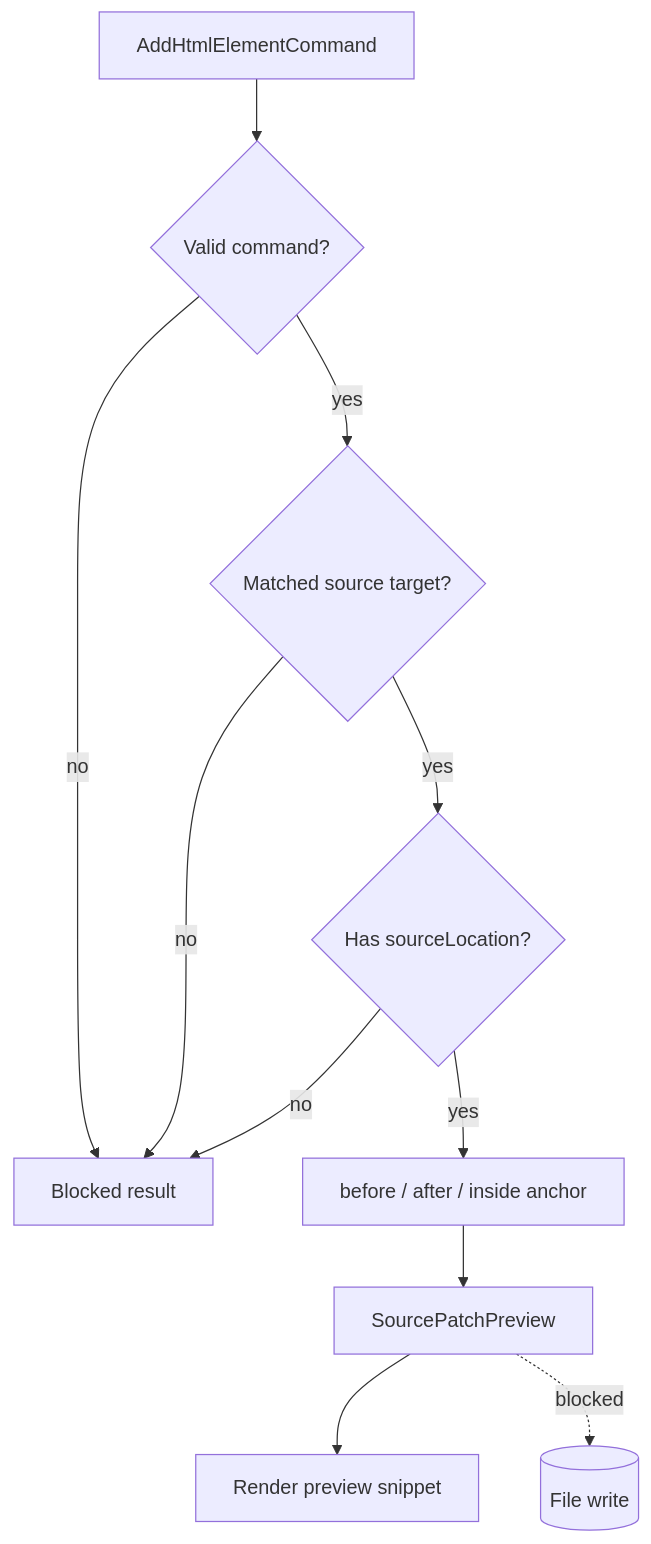
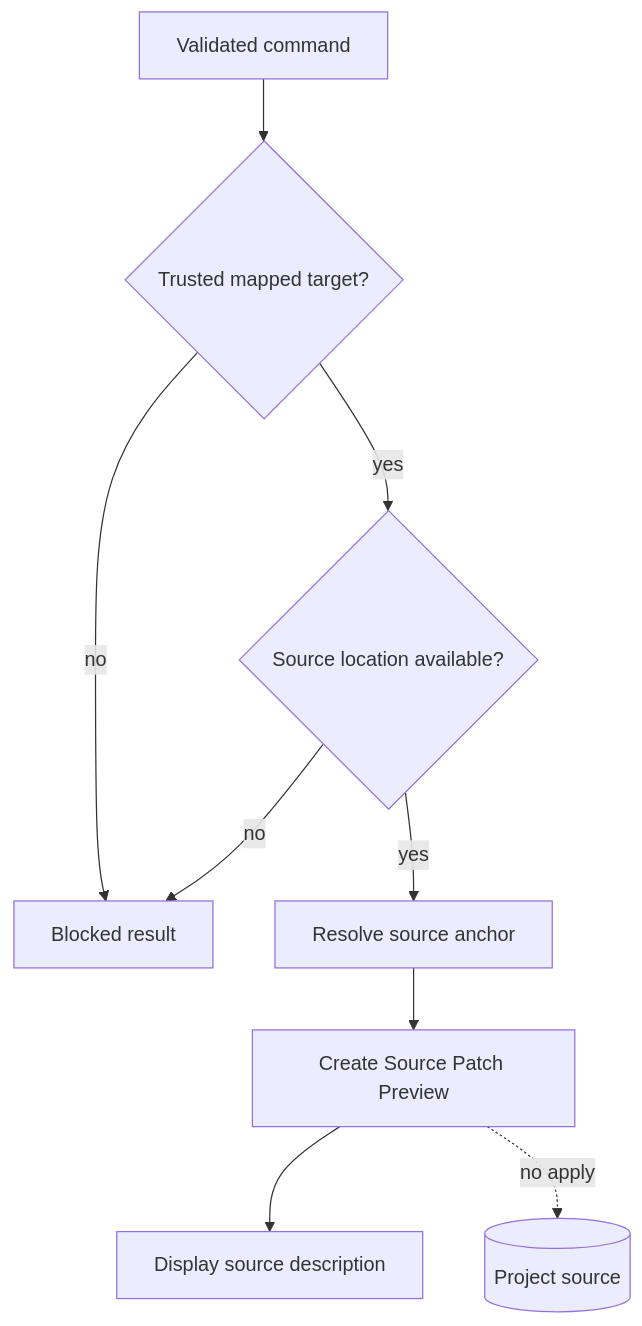
One commit to krestosa/Crystal changed the diagram in docs/architecture/flows/source-patch-preview-flow.md. Above: the diagram before and after it, drawn with Mermaid. The commit also changed other lines of this file and 60 other files, not shown here.

````diff
--- a/docs/architecture/flows/source-patch-preview-flow.md
+++ b/docs/architecture/flows/source-patch-preview-flow.md
@@ -67,13 +13,11 @@
 ```mermaid
 flowchart TD
-  Command[AddHtmlElementCommand] --> Validate{Valid command?}
-  Validate -->|no| Blocked[Blocked result]
-  Validate -->|yes| Target{Matched source target?}
-  Target -->|no| Blocked
-  Target -->|yes| SourceLocation{Has sourceLocation?}
-  SourceLocation -->|no| Blocked
-  SourceLocation -->|yes| Anchor[before / after / inside anchor]
-  Anchor --> Preview[SourcePatchPreview]
-  Preview --> UI[Render preview snippet]
-  Preview -. blocked .-> Write[(File write)]
+  Command[Validated command] --> Target{Trusted mapped target?}
+  Target -->|no| Blocked[Blocked result]
+  Target -->|yes| Location{Source location available?}
+  Location -->|no| Blocked
+  Location -->|yes| Anchor[Resolve source anchor]
+  Anchor --> Preview[Create Source Patch Preview]
+  Preview --> UI[Display source description]
+  Preview -. no apply .-> File[(Project source)]
 ```
````
